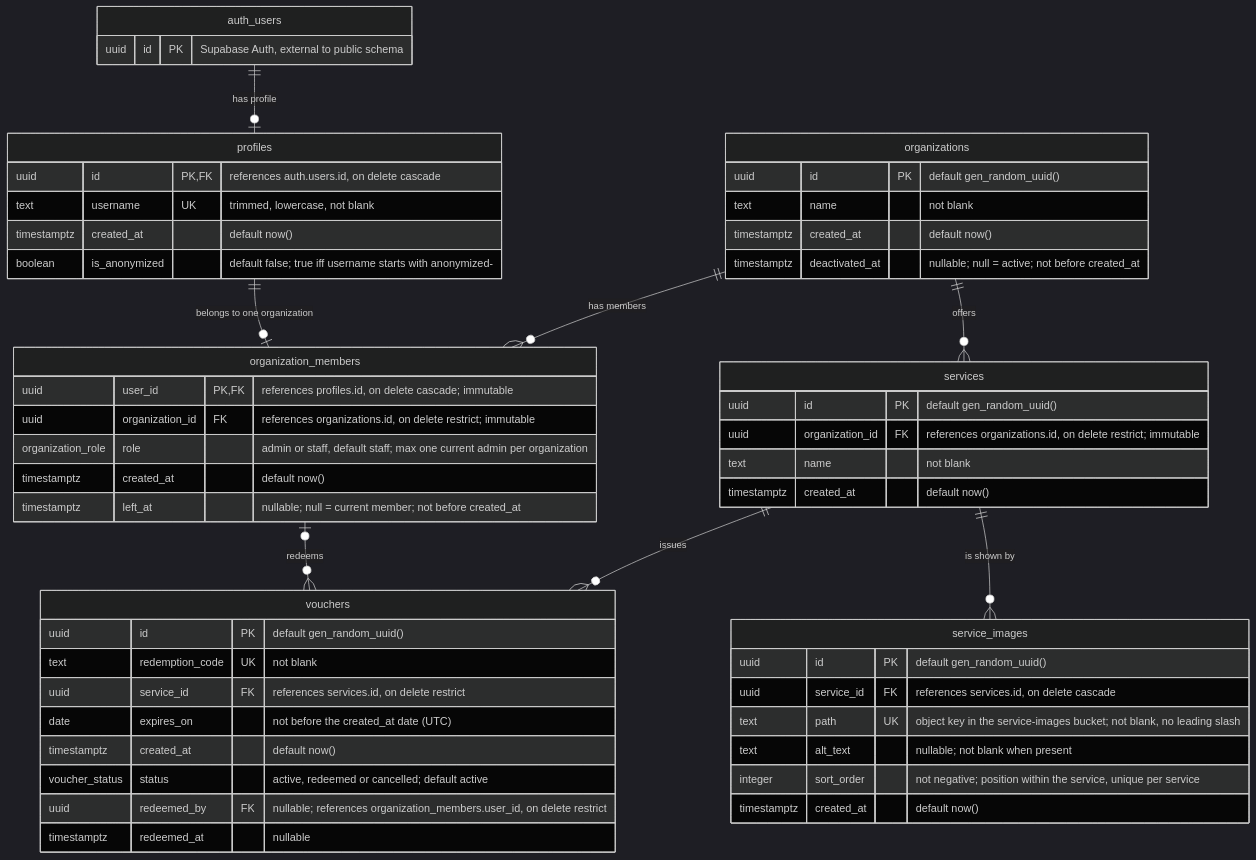
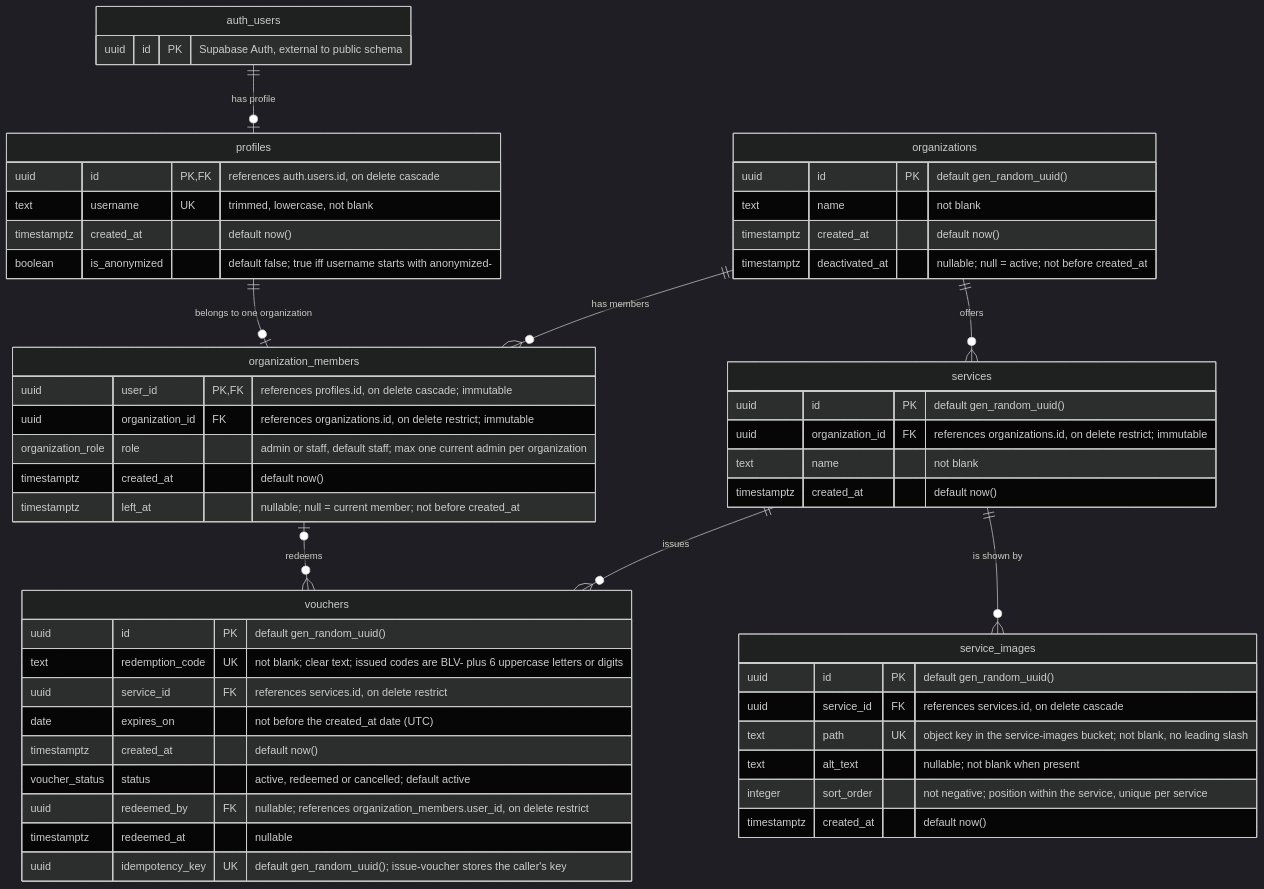
Before and after one commit to AchoDanailov/PartnersHub: the diagram in docs/database/ERD.md, drawn with Mermaid (dark theme). The commit also changed other lines of this file and 38 other files, not shown here.

Commit message:
Add initial issue-voucher function

````diff
--- a/docs/database/ERD.md
+++ b/docs/database/ERD.md
@@ -9,63 +10,64 @@
 ```mermaid
 erDiagram
     auth_users ||--o| profiles : "has profile"
     profiles ||--o| organization_members : "belongs to one organization"
     organizations ||--o{ organization_members : "has members"
     organizations ||--o{ services : "offers"
     services ||--o{ vouchers : "issues"
     services ||--o{ service_images : "is shown by"
     organization_members |o--o{ vouchers : "redeems"
 
     auth_users {
         uuid id PK "Supabase Auth, external to public schema"
     }
 
     profiles {
         uuid id PK, FK "references auth.users.id, on delete cascade"
         text username UK "trimmed, lowercase, not blank"
         timestamptz created_at "default now()"
         boolean is_anonymized "default false; true iff username starts with anonymized-"
     }
 
     organizations {
         uuid id PK "default gen_random_uuid()"
         text name "not blank"
         timestamptz created_at "default now()"
         timestamptz deactivated_at "nullable; null = active; not before created_at"
     }
 
     organization_members {
         uuid user_id PK, FK "references profiles.id, on delete cascade; immutable"
         uuid organization_id FK "references organizations.id, on delete restrict; immutable"
         organization_role role "admin or staff, default staff; max one current admin per organization"
         timestamptz created_at "default now()"
         timestamptz left_at "nullable; null = current member; not before created_at"
     }
 
     services {
         uuid id PK "default gen_random_uuid()"
         uuid organization_id FK "references organizations.id, on delete restrict; immutable"
         text name "not blank"
         timestamptz created_at "default now()"
     }
 
     vouchers {
         uuid id PK "default gen_random_uuid()"
-        text redemption_code UK "not blank"
+        text redemption_code UK "not blank; clear text; issued codes are BLV- plus 6 uppercase letters or digits"
         uuid service_id FK "references services.id, on delete restrict"
         date expires_on "not before the created_at date (UTC)"
         timestamptz created_at "default now()"
         voucher_status status "active, redeemed or cancelled; default active"
         uuid redeemed_by FK "nullable; references organization_members.user_id, on delete restrict"
         timestamptz redeemed_at "nullable"
+        uuid idempotency_key UK "default gen_random_uuid(); issue-voucher stores the caller's key"
     }
 
     service_images {
         uuid id PK "default gen_random_uuid()"
         uuid service_id FK "references services.id, on delete cascade"
         text path UK "object key in the service-images bucket; not blank, no leading slash"
         text alt_text "nullable; not blank when present"
         integer sort_order "not negative; position within the service, unique per service"
         timestamptz created_at "default now()"
     }
 ```
````
